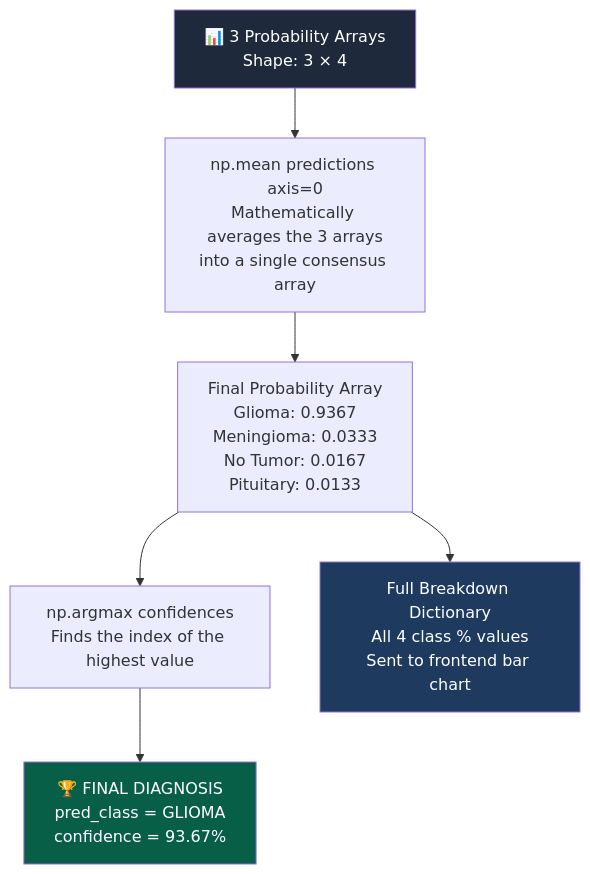
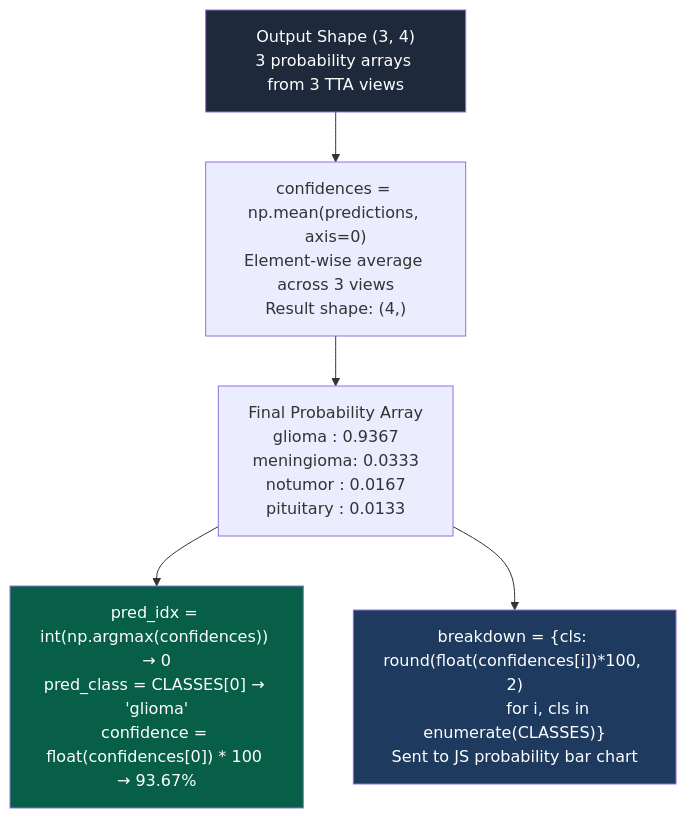
One commit to rajakumar123-commit/NeuroScan changed the fifth of 7 diagrams in README.md. Above: the diagram before and after it, drawn with Mermaid. The commit also changed other lines of this file, not shown here.

Commit message:
docs: upgrade README with project-accurate pipeline diagrams and verified 94.88% metrics

````diff
--- a/README.md
+++ b/README.md
@@ -170,18 +213,16 @@
 ```mermaid
 flowchart TD
-    A["📊 3 Probability Arrays\nShape: 3 × 4"]
+    A["Output Shape (3, 4)\n3 probability arrays from 3 TTA views"]
 
-    A --> B["np.mean predictions axis=0\nMathematically averages the 3 arrays\ninto a single consensus array"]
+    A --> B["confidences = np.mean(predictions, axis=0)\nElement-wise average across 3 views\nResult shape: (4,)"]
 
-    B --> C["Final Probability Array\nGlioma: 0.9367\nMeningioma: 0.0333\nNo Tumor: 0.0167\nPituitary: 0.0133"]
+    B --> C["Final Probability Array\nglioma    : 0.9367\nmeningioma: 0.0333\nnotumor   : 0.0167\npituitary : 0.0133"]
 
-    C --> D["np.argmax confidences\nFinds the index of the highest value"]
+    C --> D["pred_idx = int(np.argmax(confidences)) → 0\npred_class = CLASSES[0] → 'glioma'\nconfidence = float(confidences[0]) * 100 → 93.67%"]
 
-    D --> E["🏆 FINAL DIAGNOSIS\npred_class = GLIOMA\nconfidence = 93.67%"]
-
-    C --> F["Full Breakdown Dictionary\nAll 4 class % values\nSent to frontend bar chart"]
+    C --> E["breakdown = {cls: round(float(confidences[i])*100, 2)\n              for i, cls in enumerate(CLASSES)}\nSent to JS probability bar chart"]
 
     style A fill:#1e293b,color:#fff
-    style E fill:#065f46,color:#fff
-    style F fill:#1e3a5f,color:#fff
+    style D fill:#065f46,color:#fff
+    style E fill:#1e3a5f,color:#fff
 ```
````
